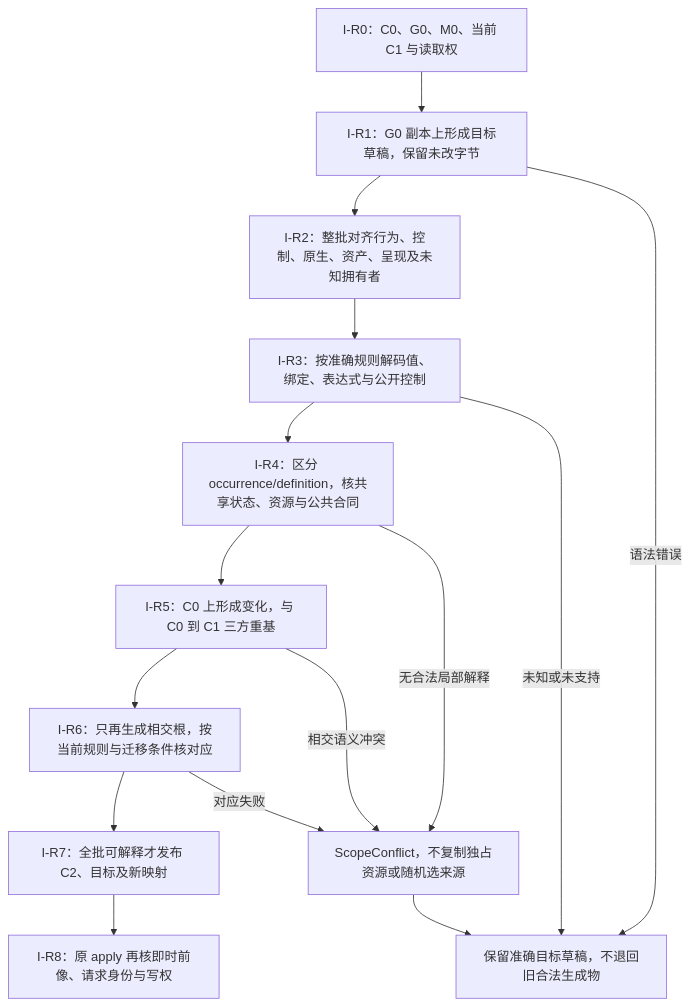
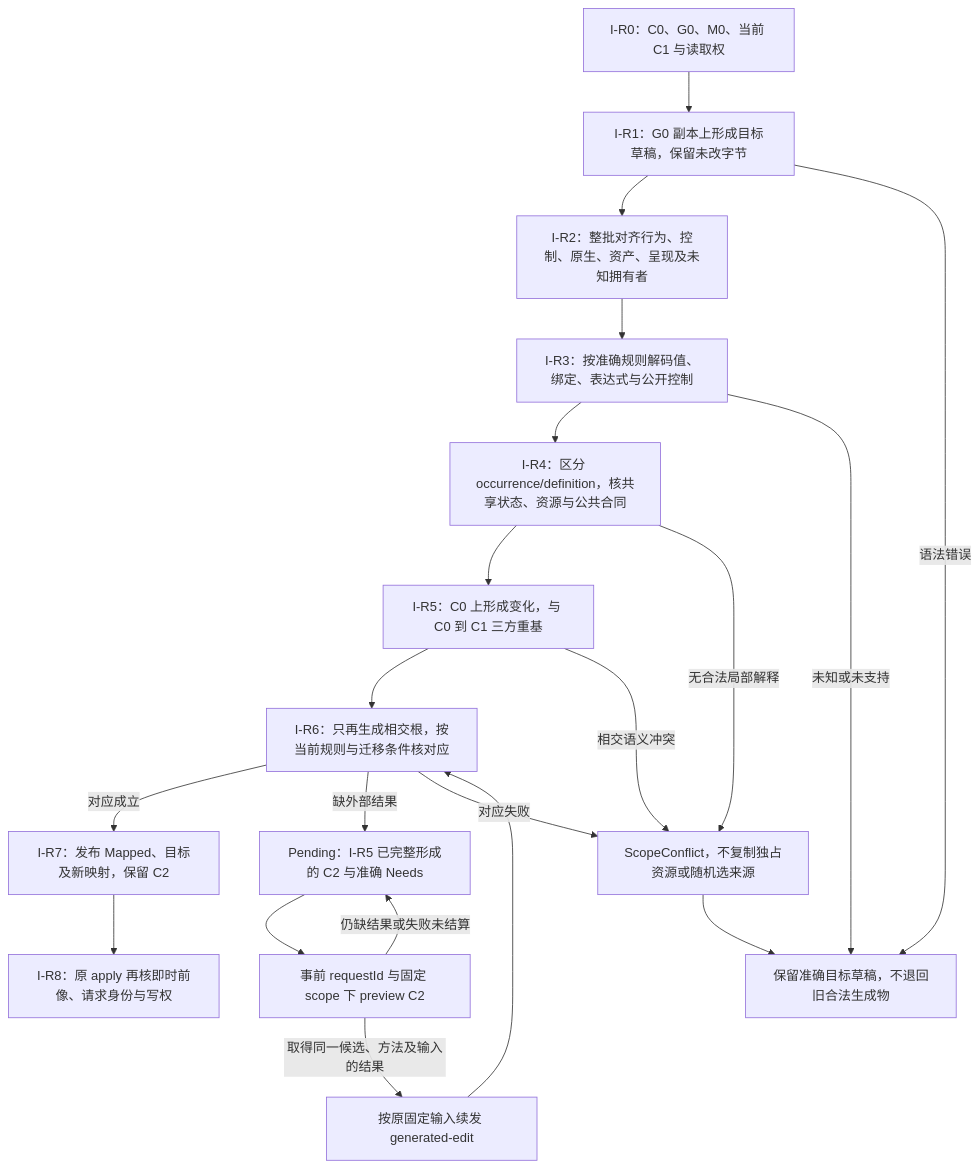
The third of 4 diagrams in docs/编译/表示/编辑与受管回源.md (sec-platform/sec), drawn with Mermaid before and after one commit. The commit also changed other lines of this file and 63 other files, not shown here.

````diff
--- a/docs/编译/表示/编辑与受管回源.md
+++ b/docs/编译/表示/编辑与受管回源.md
@@ -358,17 +360,22 @@
 ```mermaid
 flowchart TD
   bases["I-R0：C0、G0、M0、当前 C1 与读取权"] --> target["I-R1：G0 副本上形成目标草稿，保留未改字节"]
   target --> owners["I-R2：整批对齐行为、控制、原生、资产、呈现及未知拥有者"]
   owners --> rules["I-R3：按准确规则解码值、绑定、表达式与公开控制"]
   rules --> scope["I-R4：区分 occurrence/definition，核共享状态、资源与公共合同"]
   scope --> rebase["I-R5：C0 上形成变化，与 C0 到 C1 三方重基"]
   rebase --> regenerate["I-R6：只再生成相交根，按当前规则与迁移条件核对应"]
-  regenerate --> candidate["I-R7：全批可解释才发布 C2、目标及新映射"]
+  regenerate -->|对应成立| candidate["I-R7：发布 Mapped、目标及新映射，保留 C2"]
+  regenerate -->|缺外部结果| pending["Pending：I-R5 已完整形成的 C2 与准确 Needs"]
+  pending --> external["事前 requestId 与固定 scope 下 preview C2"]
+  external -->|取得同一候选、方法及输入的结果| resume["按原固定输入续发 generated-edit"]
+  resume --> regenerate
+  external -->|仍缺结果或失败未结算| pending
   candidate --> apply["I-R8：原 apply 再核即时前像、请求身份与写权"]
   target -->|语法错误| draft["保留准确目标草稿，不退回旧合法生成物"]
   rules -->|未知或未支持| draft
   scope -->|无合法局部解释| conflict["ScopeConflict，不复制独占资源或随机选来源"]
   rebase -->|相交语义冲突| conflict
   regenerate -->|对应失败| conflict
   conflict --> draft
 ```
````
